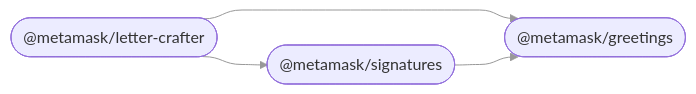
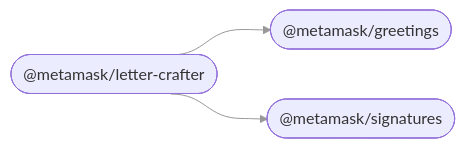
One commit to MetaMask/metamask-monorepo-template changed the diagram in README.md. Above: the diagram before and after it, drawn with Mermaid. The commit also changed 7 other files, not shown here.

````diff
--- a/README.md
+++ b/README.md
@@ -46,11 +46,10 @@
 ```mermaid
 %%{ init: { 'flowchart': { 'curve': 'bumpX' } } }%%
 graph LR;
 linkStyle default opacity:0.5
   greetings(["@metamask/greetings"]);
   letter_crafter(["@metamask/letter-crafter"]);
   signatures(["@metamask/signatures"]);
   letter_crafter --> greetings;
   letter_crafter --> signatures;
-  signatures --> greetings;
 ```
````
